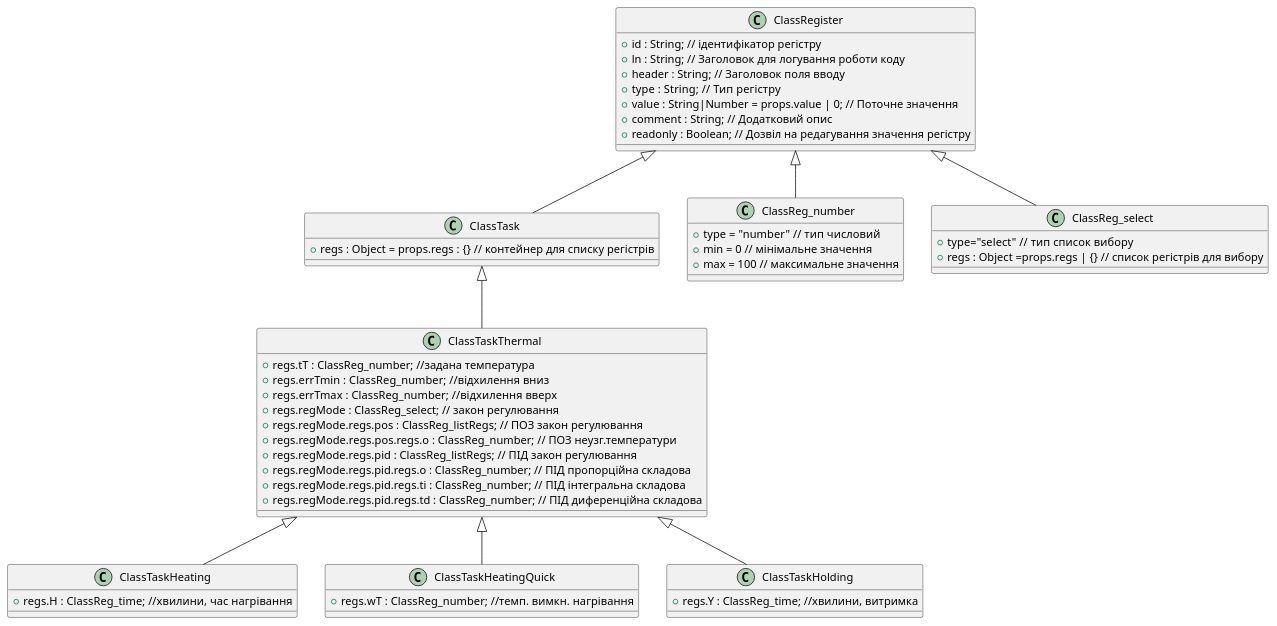
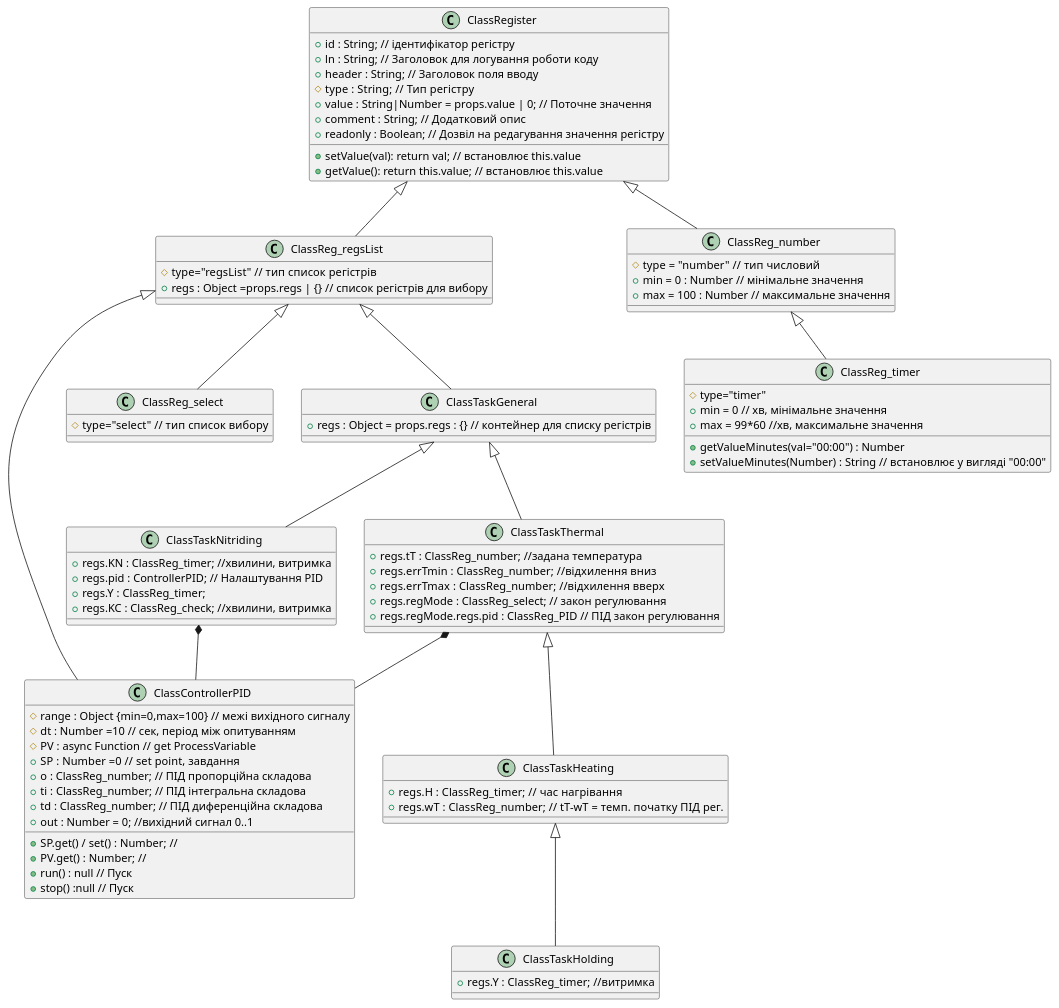
The diagram in controllers/tasksController/ClassesTaskDiagrams.puml (YVitalii/ASUTP2021), drawn with PlantUML before and after one commit. The commit also changed 22 other files, not shown here.

```diff
--- a/controllers/tasksController/ClassesTaskDiagrams.puml
+++ b/controllers/tasksController/ClassesTaskDiagrams.puml
@@ -2,61 +2,115 @@
 @startuml ClassTasks
 
 class ClassRegister { 
     +id : String; // ідентифікатор регістру
     +ln : String; // Заголовок для логування роботи коду
     +header : String; // Заголовок поля вводу
-    +type :  String; // Тип регістру
+    #type :  String; // Тип регістру
     +value : String|Number = props.value | 0; // Поточне значення
     +comment : String; // Додатковий опис
     +readonly : Boolean; // Дозвіл на редагування значення регістру
+    +setValue(val): return val; // встановлює this.value
+    +getValue(): return this.value; // встановлює this.value
 }
 
-class ClassTask {
+class ClassReg_regsList {
+    #type="regsList"  // тип список регістрів
+    +regs : Object =props.regs | {} // список регістрів для вибору
+}
+
+ClassRegister <|-- ClassReg_regsList
+
+class ClassTaskGeneral {
     +regs : Object = props.regs : {} // контейнер для списку регістрів
 }
+
+ClassReg_regsList <|-- ClassTaskGeneral
+
+class ClassControllerPID {
+    #range : Object {min=0,max=100} // межі вихідного сигналу
+    #dt : Number =10 // сек, період між опитуванням
+    #PV : async Function // get ProcessVariable
+    +SP : Number =0  // set point, завдання
+    +o : ClassReg_number; // ПІД пропорційна складова
+    +ti : ClassReg_number; // ПІД інтегральна складова
+    +td : ClassReg_number; // ПІД диференційна складова
+    +out : Number = 0; //вихідний сигнал 0..1
+    +SP.get() / set() : Number; //
+    +PV.get() : Number; //
+    +run() : null // Пуск
+    +stop() :null // Пуск
+}
+ClassReg_regsList <|-- ClassControllerPID
+' Поки закон ПОЗ - невикористовуємо
+' class POScontroller { 
+'     o : ClassReg_number; // неузг.температури
+' }
 
 class ClassTaskThermal {
     +regs.tT : ClassReg_number; //задана температура
     +regs.errTmin :  ClassReg_number; //відхилення вниз
     +regs.errTmax :  ClassReg_number; //відхилення вверх
     +regs.regMode : ClassReg_select; // закон регулювання
-    +regs.regMode.regs.pos : ClassReg_listRegs; // ПОЗ закон регулювання
-    +regs.regMode.regs.pos.regs.o : ClassReg_number; // ПОЗ неузг.температури
-    +regs.regMode.regs.pid : ClassReg_listRegs; // ПІД закон регулювання
-    +regs.regMode.regs.pid.regs.o : ClassReg_number; // ПІД пропорційна складова
-    +regs.regMode.regs.pid.regs.ti : ClassReg_number; // ПІД інтегральна складова
-    +regs.regMode.regs.pid.regs.td : ClassReg_number; // ПІД диференційна складова
+    ' +regs.regMode.regs.pos : POScontroller; // ПОЗ закон регулювання
+    +regs.regMode.regs.pid : ClassReg_PID // ПІД закон регулювання
+    
  }
 
+ClassTaskThermal *-- ClassControllerPID
+' ClassTaskThermal *-- POScontroller
+
 class ClassTaskHeating {
-    +regs.H :  ClassReg_time; //хвилини, час нагрівання
-}
-
-class ClassTaskHeatingQuick {
-    +regs.wT :  ClassReg_number; //темп. вимкн. нагрівання
+    +regs.H :  ClassReg_timer; // час нагрівання
+    +regs.wT :  ClassReg_number; // tT-wT = темп. початку ПІД рег.
 }
 
 class ClassTaskHolding {
-    +regs.Y : ClassReg_time; //хвилини, витримка 
+    +regs.Y : ClassReg_timer; //витримка 
 } 
 
-ClassRegister <|-- ClassTask 
-ClassTask  <|--  ClassTaskThermal
+
+
+ClassTaskGeneral <|--  ClassTaskThermal
 ClassTaskThermal  <|--  ClassTaskHeating
-ClassTaskThermal <|-- ClassTaskHeatingQuick
-ClassTaskThermal  <|-- ClassTaskHolding
+ClassTaskHeating  <|-- ClassTaskHolding
+
+' -------------  Nitriding Process --------------------------------
+class ClassTaskNitriding {
+    +regs.KN : ClassReg_timer; //хвилини, витримка 
+    +regs.pid : ControllerPID; // Налаштування PID
+    +regs.Y : ClassReg_timer;
+    +regs.KC : ClassReg_check; //хвилини, витримка
+
+} 
+ClassTaskGeneral <|--  ClassTaskNitriding
+ClassTaskNitriding *-- ClassControllerPID
 
 class ClassReg_number {
-    +type = "number"  // тип числовий
-    +min = 0 // мінімальне значення  
-    +max = 100 // максимальне значення
+    #type = "number"  // тип числовий
+    +min = 0 : Number // мінімальне значення  
+    +max = 100 : Number // максимальне значення
+}
+ClassRegister <|-- ClassReg_number
+
+
+
+
+
+class ClassReg_select {
+    #type="select"  // тип список вибору
 }
 
-class ClassReg_select {
-    +type="select"  // тип список вибору
-    +regs : Object =props.regs | {} // список регістрів для вибору
-}
+ClassReg_regsList <|-- ClassReg_select
 
-ClassRegister <|-- ClassReg_number
-ClassRegister <|-- ClassReg_select
+
+class ClassReg_timer {
+    #type="timer"
+    +min = 0 // хв, мінімальне значення  
+    +max = 99*60 //хв, максимальне значення
+    +getValueMinutes(val="00:00") : Number
+    +setValueMinutes(Number) : String // встановлює у вигляді "00:00" 
+ }
+
+ ClassReg_number <|-- ClassReg_timer
+
 @enduml
```
